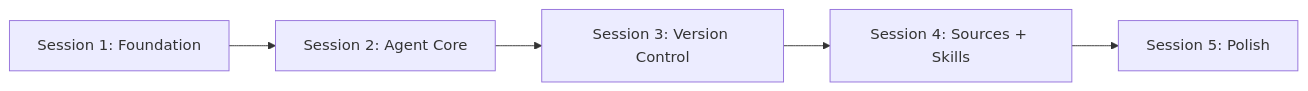
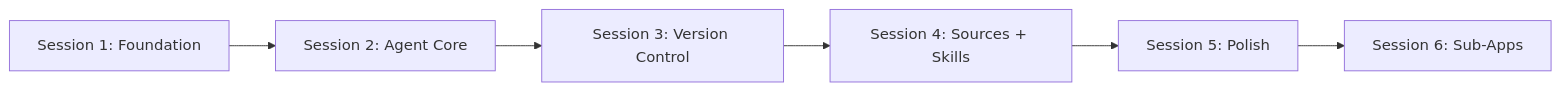
Before and after one commit to guyettinger/PiTaster: the diagram in docs/plans/README.md, drawn with Mermaid. The commit also changed other lines of this file and 9 other files, not shown here.

````diff
--- a/docs/plans/README.md
+++ b/docs/plans/README.md
@@ -100,7 +118,8 @@
 ```mermaid
 graph LR
     S1[Session 1: Foundation] --> S2[Session 2: Agent Core]
     S2 --> S3[Session 3: Version Control]
     S3 --> S4[Session 4: Sources + Skills]
     S4 --> S5[Session 5: Polish]
+    S5 --> S6[Session 6: Sub-Apps]
 ```
````
